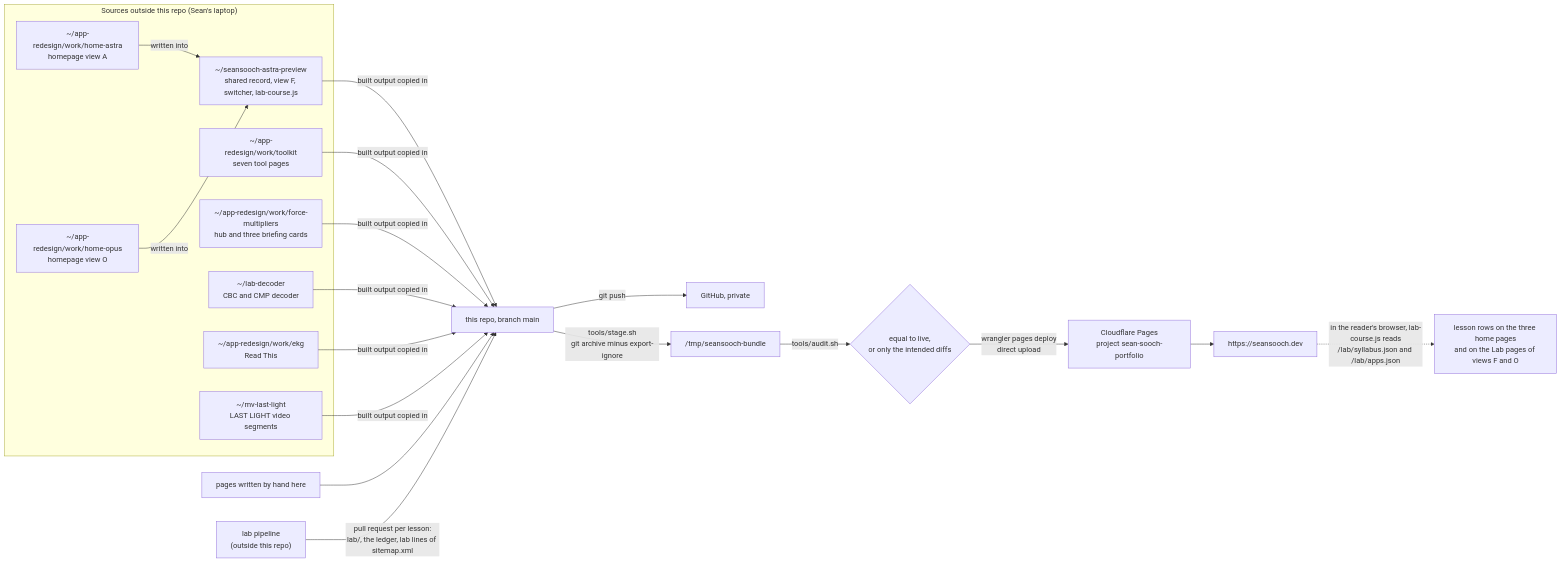
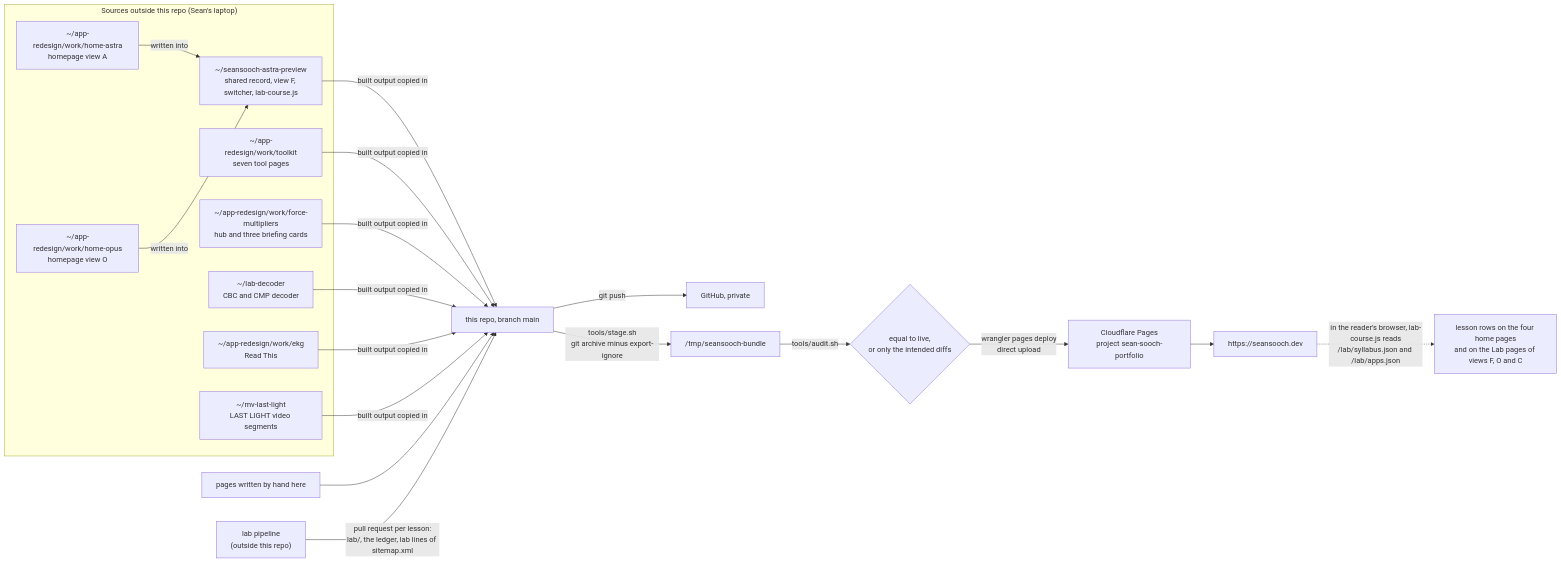
Before and after one commit to seansooch-byte/seansooch-byte.github.io: the diagram in ARCHITECTURE.md, drawn with Mermaid. The commit also changed other lines of this file and 16 other files, not shown here.

````diff
--- a/ARCHITECTURE.md
+++ b/ARCHITECTURE.md
@@ -8,23 +8,23 @@
 ```mermaid
 flowchart LR
   subgraph Outside["Sources outside this repo (Sean's laptop)"]
     A["~/app-redesign/work/home-astra<br>homepage view A"]
     O["~/app-redesign/work/home-opus<br>homepage view O"]
     V["~/seansooch-astra-preview<br>shared record, view F, switcher, lab-course.js"]
     T["~/app-redesign/work/toolkit<br>seven tool pages"]
     FM["~/app-redesign/work/force-multipliers<br>hub and three briefing cards"]
     L["~/lab-decoder<br>CBC and CMP decoder"]
     E["~/app-redesign/work/ekg<br>Read This"]
     M["~/mv-last-light<br>LAST LIGHT video segments"]
   end
   A & O -->|written into| V
   V & T & FM & L & E & M -->|built output copied in| Repo["this repo, branch main"]
   Hand["pages written by hand here"] --> Repo
   Repo -->|git push| GH["GitHub, private"]
   Repo -->|"tools/stage.sh<br>git archive minus export-ignore"| Bundle["/tmp/seansooch-bundle"]
   Bundle -->|tools/audit.sh| Check{"equal to live,<br>or only the intended diffs"}
   Check -->|"wrangler pages deploy<br>direct upload"| CF["Cloudflare Pages<br>project sean-sooch-portfolio"]
   CF --> Live["https://seansooch.dev"]
   Pipe["lab pipeline<br>(outside this repo)"] -->|"pull request per lesson:<br>lab/, the ledger, lab lines of sitemap.xml"| Repo
-  Live -.->|"in the reader's browser, lab-course.js reads<br>/lab/syllabus.json and /lab/apps.json"| Rows["lesson rows on the three home pages<br>and on the Lab pages of views F and O"]
+  Live -.->|"in the reader's browser, lab-course.js reads<br>/lab/syllabus.json and /lab/apps.json"| Rows["lesson rows on the four home pages<br>and on the Lab pages of views F, O and C"]
 ```
````
